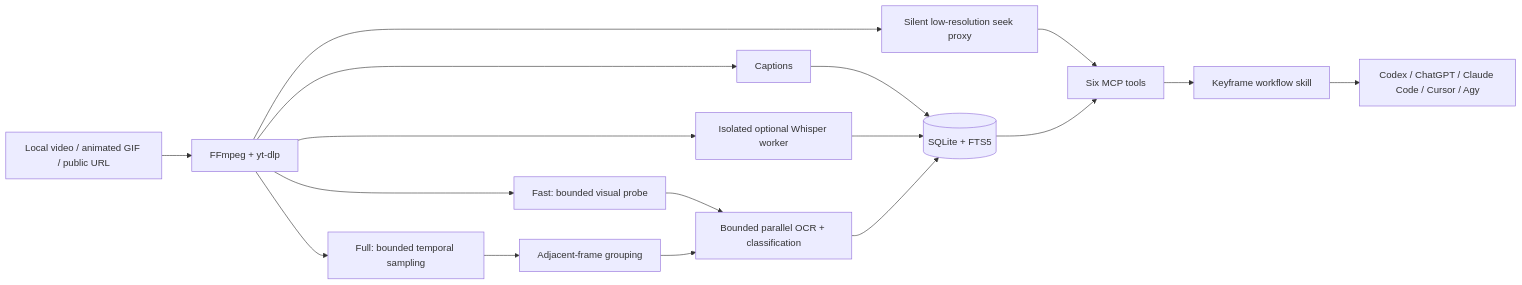
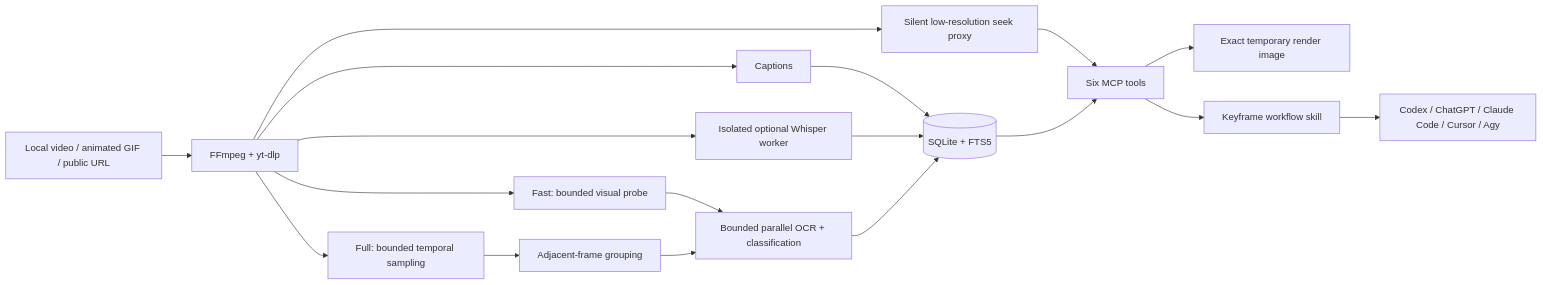
The diagram in README.md (MatthewOscar/Keyframe), drawn with Mermaid before and after one commit. The commit also changed other lines of this file and 31 other files, not shown here.

````diff
--- a/README.md
+++ b/README.md
@@ -290,19 +294,20 @@
 ```mermaid
 flowchart LR
     A[Local video / animated GIF / public URL] --> B[FFmpeg + yt-dlp]
     B --> C[Captions]
     B --> W[Isolated optional Whisper worker]
     B --> P[Fast: bounded visual probe]
     B --> Q[Silent low-resolution seek proxy]
     B --> D[Full: bounded temporal sampling]
     D --> E[Adjacent-frame grouping]
     P --> F[Bounded parallel OCR + classification]
     E --> F[Bounded parallel OCR + classification]
     C --> G[(SQLite + FTS5)]
     W --> G
     F --> G
     Q --> H[Six MCP tools]
     G --> H
+    H --> R[Exact temporary render image]
     H --> I[Keyframe workflow skill]
     I --> J[Codex / ChatGPT / Claude Code / Cursor / Agy]
 ```
````
